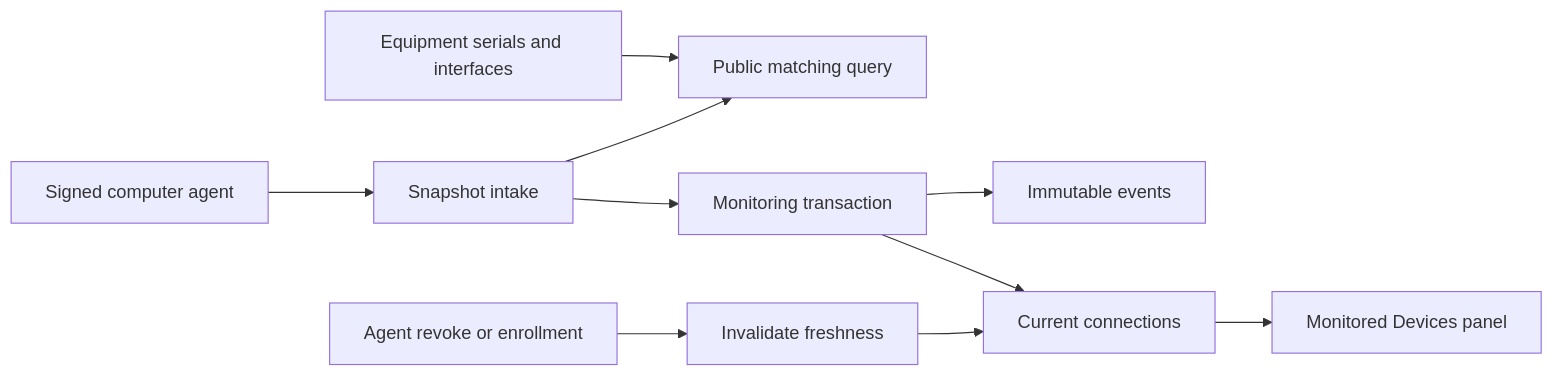
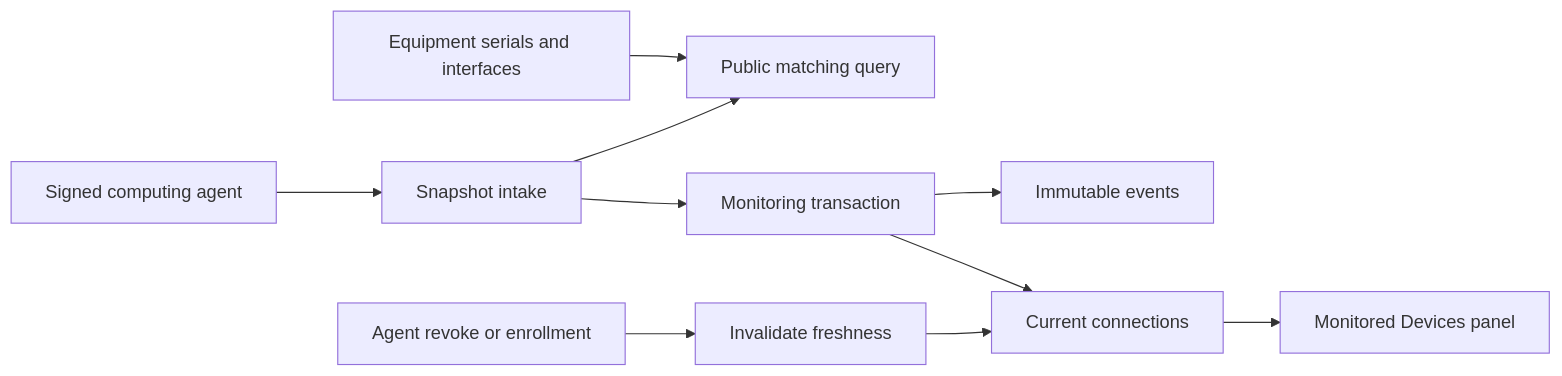
The diagram in core/labs/features/monitoring/docs/device-connections.md (angustino88/lab-mango), drawn with Mermaid before and after one commit. The commit also changed other lines of this file and 24 other files, not shown here.

````diff
--- a/core/labs/features/monitoring/docs/device-connections.md
+++ b/core/labs/features/monitoring/docs/device-connections.md
@@ -20,12 +20,12 @@
 ```mermaid
 flowchart LR
-    A[Signed computer agent] --> I[Snapshot intake]
+    A[Signed computing agent] --> I[Snapshot intake]
     E[Equipment serials and interfaces] --> M[Public matching query]
     I --> M
     I --> T[Monitoring transaction]
     T --> L[Immutable events]
     T --> C[Current connections]
     C --> U[Monitored Devices panel]
     R[Agent revoke or enrollment] --> F[Invalidate freshness]
     F --> C
 ```
````
